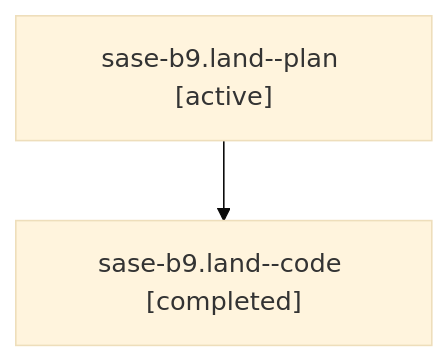
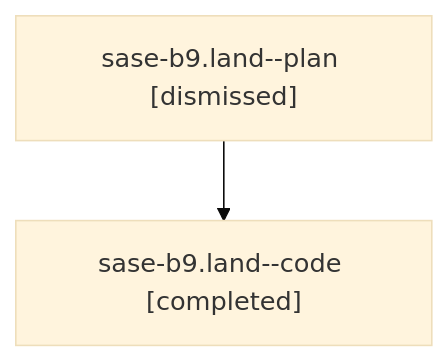
The diagram in sessions/bbugyi200.athena.sase-b9.land.md (sase-org/sase--agents), drawn with Mermaid (base theme) before and after one commit. The commit also changed other lines of this file and 78 other files, not shown here.

````diff
--- a/sessions/bbugyi200.athena.sase-b9.land.md
+++ b/sessions/bbugyi200.athena.sase-b9.land.md
@@ -9,6 +9,6 @@
 ```mermaid
 flowchart TD
-  n0["sase-b9.land--plan [active]"]
+  n0["sase-b9.land--plan [dismissed]"]
   n1["sase-b9.land--code [completed]"]
   n0 --> n1
 ```
````
